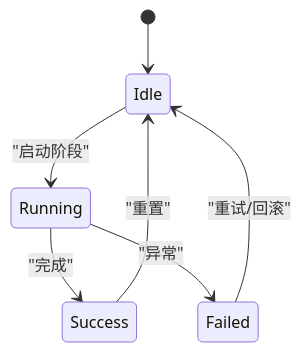
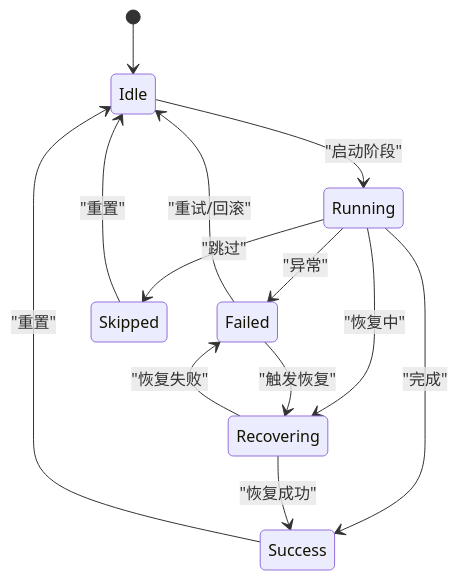
Diagram 12 of 15 in .qoder/repowiki/zh/content/画布编辑器/画布编辑器.md (scottcwy/PurpleInk), drawn with Mermaid before and after one commit. The commit also changed other lines of this file and 109 other files, not shown here.

````diff
--- a/.qoder/repowiki/zh/content/画布编辑器/画布编辑器.md
+++ b/.qoder/repowiki/zh/content/画布编辑器/画布编辑器.md
@@ -459,9 +607,15 @@
 ```mermaid
 stateDiagram-v2
 [*] --> Idle
 Idle --> Running : "启动阶段"
 Running --> Success : "完成"
 Running --> Failed : "异常"
+Running --> Skipped : "跳过"
+Running --> Recovering : "恢复中"
+Failed --> Recovering : "触发恢复"
+Recovering --> Success : "恢复成功"
+Recovering --> Failed : "恢复失败"
 Success --> Idle : "重置"
 Failed --> Idle : "重试/回滚"
+Skipped --> Idle : "重置"
 ```
````
